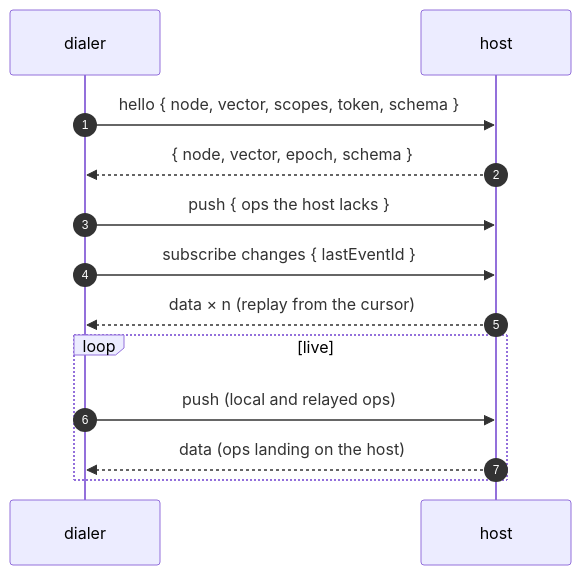
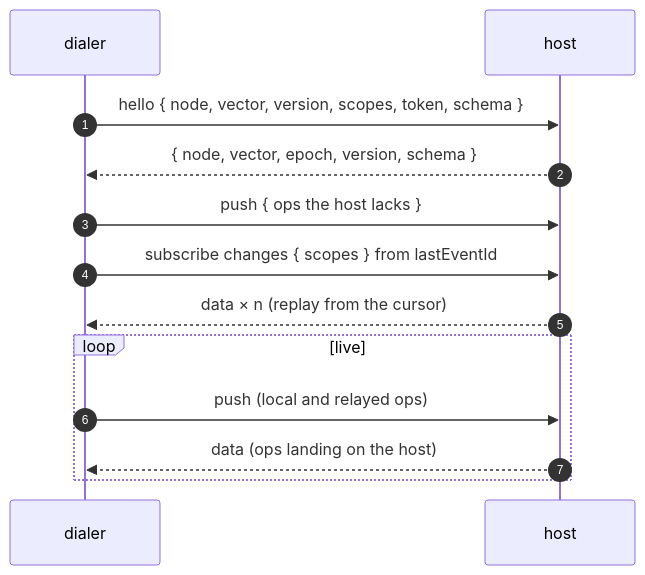
One commit to Alexis-Technologies/syncom changed the diagram in docs/guide/sync.md. Above: the diagram before and after it, drawn with Mermaid. The commit also changed other lines of this file and 179 other files, not shown here.

````diff
--- a/docs/guide/sync.md
+++ b/docs/guide/sync.md
@@ -284,15 +357,15 @@
 ```mermaid
 sequenceDiagram
   autonumber
   participant D as dialer
   participant H as host
-  D->>H: hello { node, vector, scopes, token, schema }
-  H-->>D: { node, vector, epoch, schema }
+  D->>H: hello { node, vector, version, scopes, token, schema }
+  H-->>D: { node, vector, epoch, version, schema }
   D->>H: push { ops the host lacks }
-  D->>H: subscribe changes { lastEventId }
+  D->>H: subscribe changes { scopes } from lastEventId
   H-->>D: data × n (replay from the cursor)
   loop live
     D->>H: push (local and relayed ops)
     H-->>D: data (ops landing on the host)
   end
 ```
````
